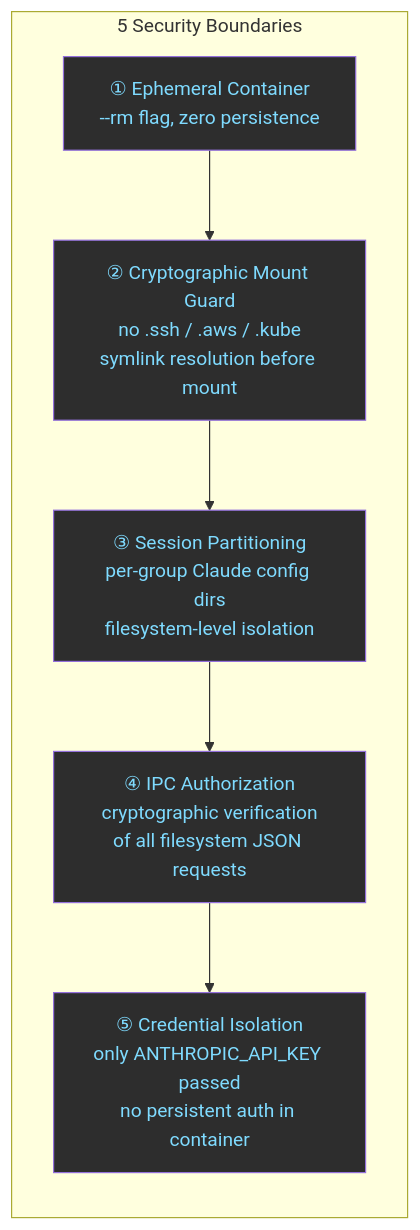
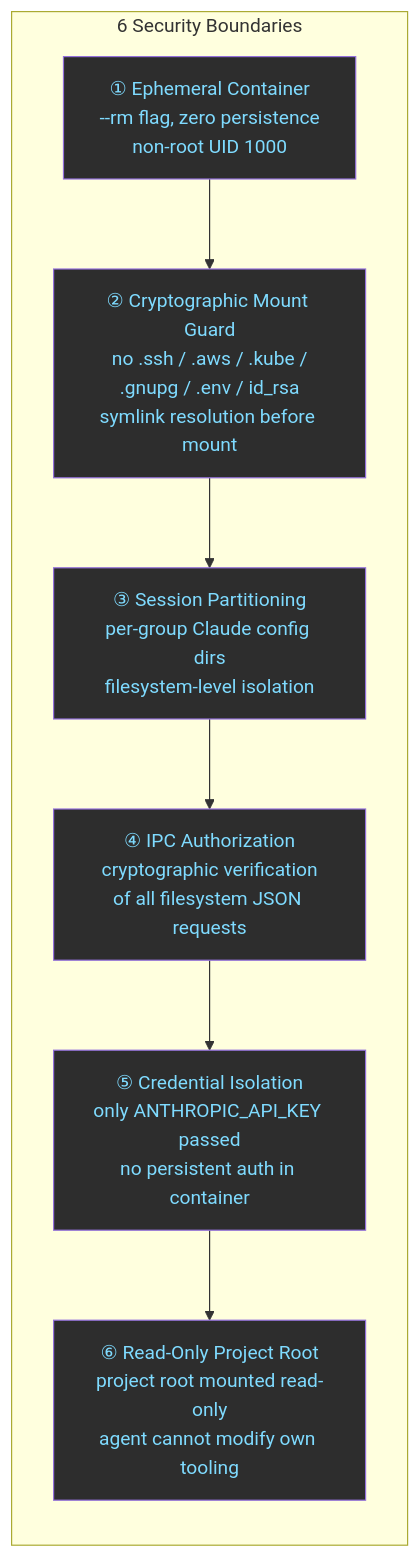
One commit to Plhys18/claw-comparison changed the third of 17 diagrams in report.md. Above: the diagram before and after it, drawn with Mermaid. The commit also changed other lines of this file and 18 other files, not shown here.

````diff
--- a/report.md
+++ b/report.md
@@ -114,18 +117,20 @@
 ```mermaid
 graph LR
-    subgraph BOUNDARIES["5 Security Boundaries"]
-        B1["① Ephemeral Container\n--rm flag, zero persistence"]
-        B2["② Cryptographic Mount Guard\nno .ssh / .aws / .kube\nsymlink resolution before mount"]
+    subgraph BOUNDARIES["6 Security Boundaries"]
+        B1["① Ephemeral Container\n--rm flag, zero persistence\nnon-root UID 1000"]
+        B2["② Cryptographic Mount Guard\nno .ssh / .aws / .kube /\n.gnupg / .env / id_rsa\nsymlink resolution before mount"]
         B3["③ Session Partitioning\nper-group Claude config dirs\nfilesystem-level isolation"]
         B4["④ IPC Authorization\ncryptographic verification\nof all filesystem JSON requests"]
         B5["⑤ Credential Isolation\nonly ANTHROPIC_API_KEY passed\nno persistent auth in container"]
+        B6["⑥ Read-Only Project Root\nproject root mounted read-only\nagent cannot modify own tooling"]
     end
 
-    B1 --> B2 --> B3 --> B4 --> B5
+    B1 --> B2 --> B3 --> B4 --> B5 --> B6
 
     style B1 fill:#2d2d2d,color:#7fdbff
     style B2 fill:#2d2d2d,color:#7fdbff
     style B3 fill:#2d2d2d,color:#7fdbff
     style B4 fill:#2d2d2d,color:#7fdbff
     style B5 fill:#2d2d2d,color:#7fdbff
+    style B6 fill:#2d2d2d,color:#7fdbff
 ```
````
